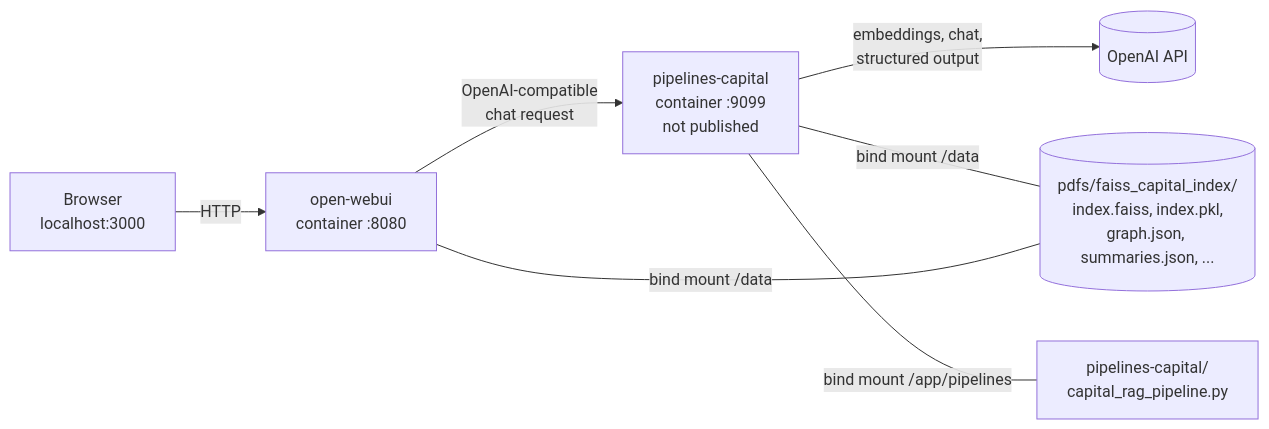
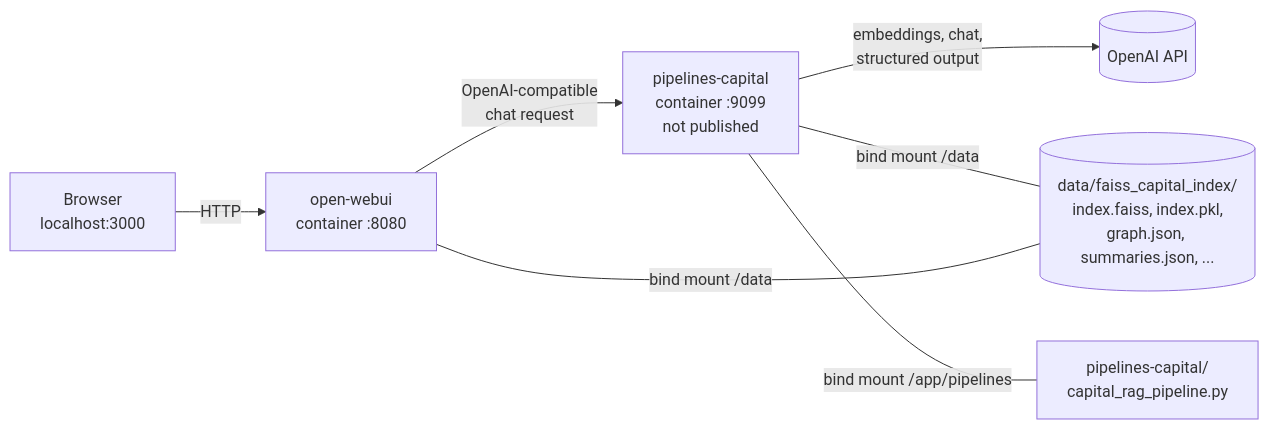
Before and after one commit to HaukeHoppe/MjoellnirAI: the first of 4 diagrams in docs/CAPITAL_RAG_PIPELINE.md, drawn with Mermaid. The commit also changed other lines of this file and 11 other files, not shown here.

First line of the commit message:
refactor(docker): rename pdfs/ to data/

````diff
--- a/docs/CAPITAL_RAG_PIPELINE.md
+++ b/docs/CAPITAL_RAG_PIPELINE.md
@@ -58,9 +58,9 @@
 ```mermaid
 flowchart LR
     B[Browser<br/>localhost:3000] -->|HTTP| OW[open-webui<br/>container :8080]
     OW -->|OpenAI-compatible<br/>chat request| PC[pipelines-capital<br/>container :9099<br/>not published]
     PC -->|embeddings, chat,<br/>structured output| OA[(OpenAI API)]
-    PC ---|bind mount /data| IDX[(pdfs/faiss_capital_index/<br/>index.faiss, index.pkl,<br/>graph.json, summaries.json, ...)]
+    PC ---|bind mount /data| IDX[(data/faiss_capital_index/<br/>index.faiss, index.pkl,<br/>graph.json, summaries.json, ...)]
     PC ---|bind mount /app/pipelines| PY[pipelines-capital/<br/>capital_rag_pipeline.py]
     OW ---|bind mount /data| IDX
 ```
````
